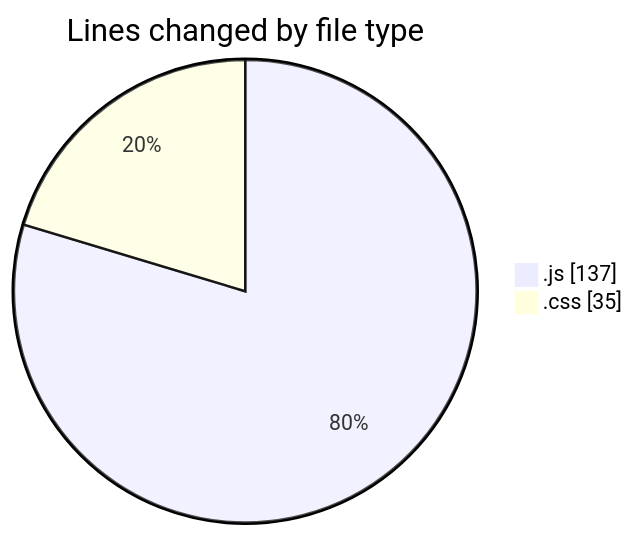
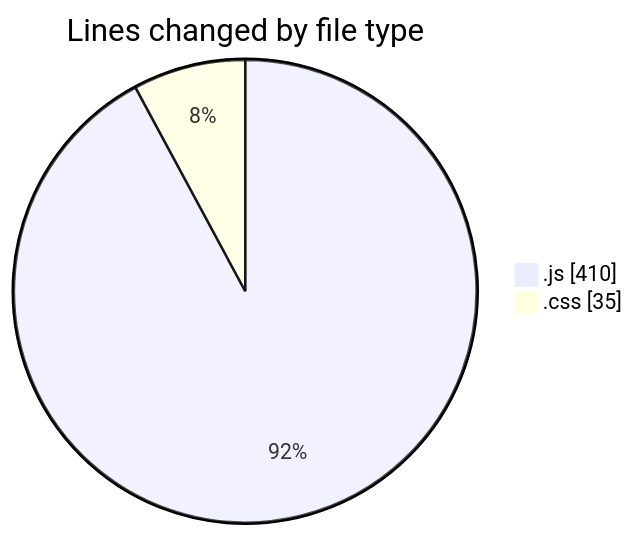
The first of 2 diagrams in 2025-09-07/quytuthien_vn/README.md (lephambinh05/code-tracking), drawn with Mermaid before and after one commit. The commit also changed other lines of this file and 1 other file, not shown here.

````diff
--- a/2025-09-07/quytuthien_vn/README.md
+++ b/2025-09-07/quytuthien_vn/README.md
@@ -23,6 +26,6 @@
 ```mermaid
 pie showData
 title Lines changed by file type
-".js" : 137
+".js" : 410
 ".css" : 35
 ```
````
